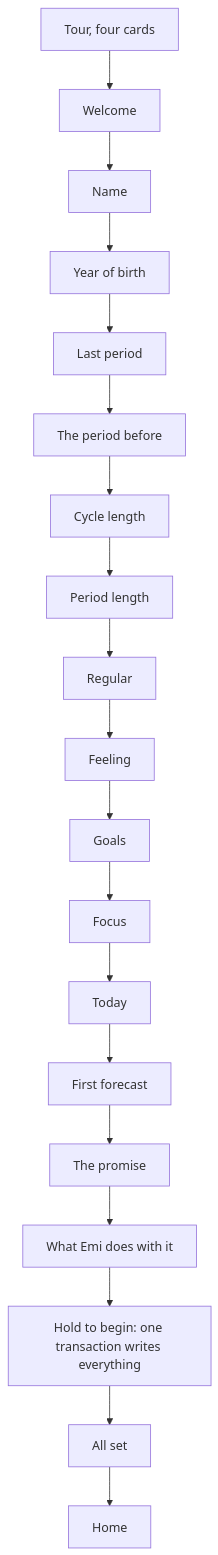
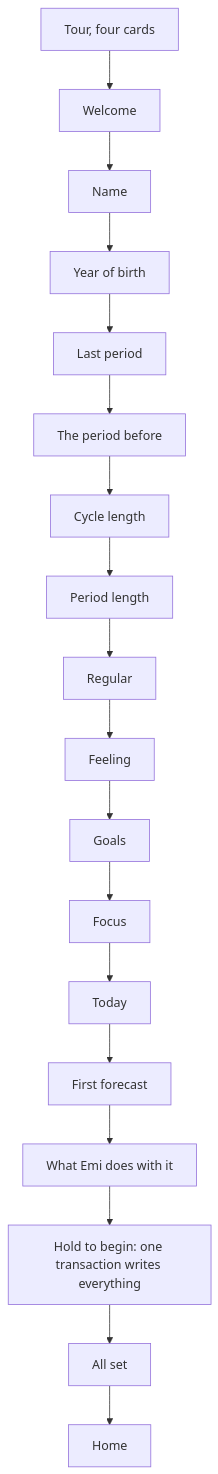
The first of 2 diagrams in docs/design/first-run.md (atlantic-blue/emi), drawn with Mermaid before and after one commit. The commit also changed other lines of this file and 41 other files, not shown here.

Commit message:
EMI: feat: remove the promise step from the first run

````diff
--- a/docs/design/first-run.md
+++ b/docs/design/first-run.md
@@ -35,21 +35,20 @@
 ```mermaid
 flowchart TD
   T["Tour, four cards"] --> W["Welcome"]
   W --> N["Name"]
   N --> BY["Year of birth"]
   BY --> LP["Last period"]
   LP --> PB["The period before"]
   PB --> CL["Cycle length"]
   CL --> PL["Period length"]
   PL --> R["Regular"]
   R --> F["Feeling"]
   F --> G["Goals"]
   G --> FO["Focus"]
   FO --> TD["Today"]
   TD --> FF["First forecast"]
-  FF --> P["The promise"]
-  P --> WG["What Emi does with it"]
+  FF --> WG["What Emi does with it"]
   WG --> H["Hold to begin: one transaction writes everything"]
   H --> AS["All set"]
   AS --> HOME["Home"]
 ```
````
